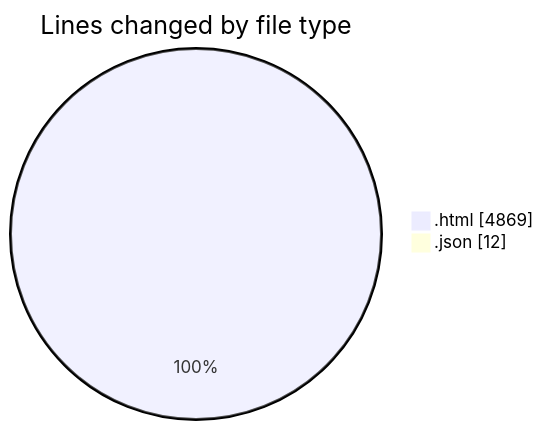
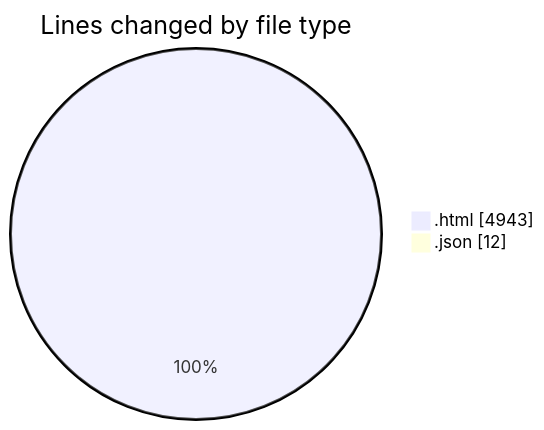
One commit to momahboobian/code-tracking changed the first of 2 diagrams in 2026-05-21/pdf_invoice/README.md. Above: the diagram before and after it, drawn with Mermaid. The commit also changed other lines of this file and 1 other file, not shown here.

````diff
--- a/2026-05-21/pdf_invoice/README.md
+++ b/2026-05-21/pdf_invoice/README.md
@@ -26,6 +26,6 @@
 ```mermaid
 pie showData
 title Lines changed by file type
-".html" : 4869
+".html" : 4943
 ".json" : 12
 ```
````
